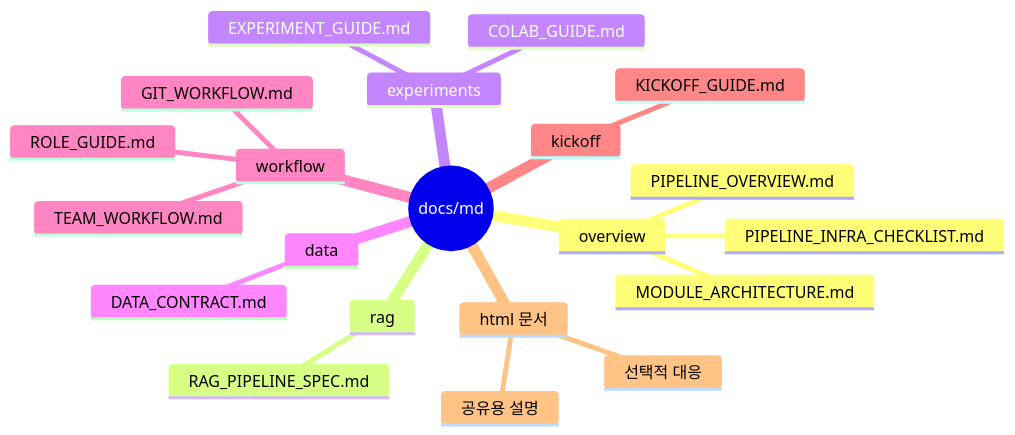
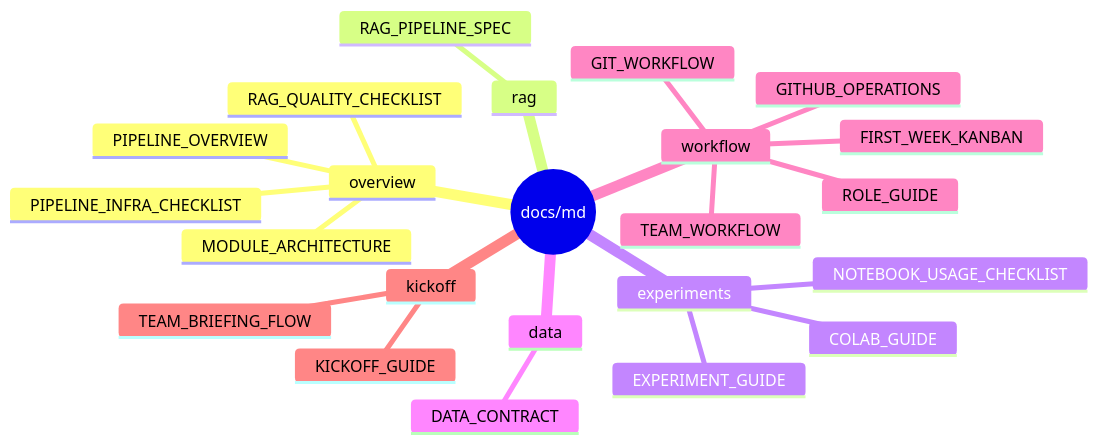
Before and after one commit to Codeit-Part3-6Team/Codeit-Part3-6Team-Project: the diagram in docs/md/README.md, drawn with Mermaid. The commit also changed other lines of this file and 16 other files, not shown here.

````diff
--- a/docs/md/README.md
+++ b/docs/md/README.md
@@ -9,24 +9,26 @@
 ```mermaid
 mindmap
   root((docs/md))
     overview
-      PIPELINE_OVERVIEW.md
-      MODULE_ARCHITECTURE.md
-      PIPELINE_INFRA_CHECKLIST.md
+      PIPELINE_OVERVIEW
+      MODULE_ARCHITECTURE
+      PIPELINE_INFRA_CHECKLIST
+      RAG_QUALITY_CHECKLIST
     rag
-      RAG_PIPELINE_SPEC.md
+      RAG_PIPELINE_SPEC
     experiments
-      EXPERIMENT_GUIDE.md
-      COLAB_GUIDE.md
+      EXPERIMENT_GUIDE
+      COLAB_GUIDE
+      NOTEBOOK_USAGE_CHECKLIST
     data
-      DATA_CONTRACT.md
+      DATA_CONTRACT
     workflow
-      GIT_WORKFLOW.md
-      ROLE_GUIDE.md
-      TEAM_WORKFLOW.md
+      GIT_WORKFLOW
+      TEAM_WORKFLOW
+      ROLE_GUIDE
+      GITHUB_OPERATIONS
+      FIRST_WEEK_KANBAN
     kickoff
-      KICKOFF_GUIDE.md
-    html 문서
-      공유용 설명
-      선택적 대응
+      KICKOFF_GUIDE
+      TEAM_BRIEFING_FLOW
 ```
````
